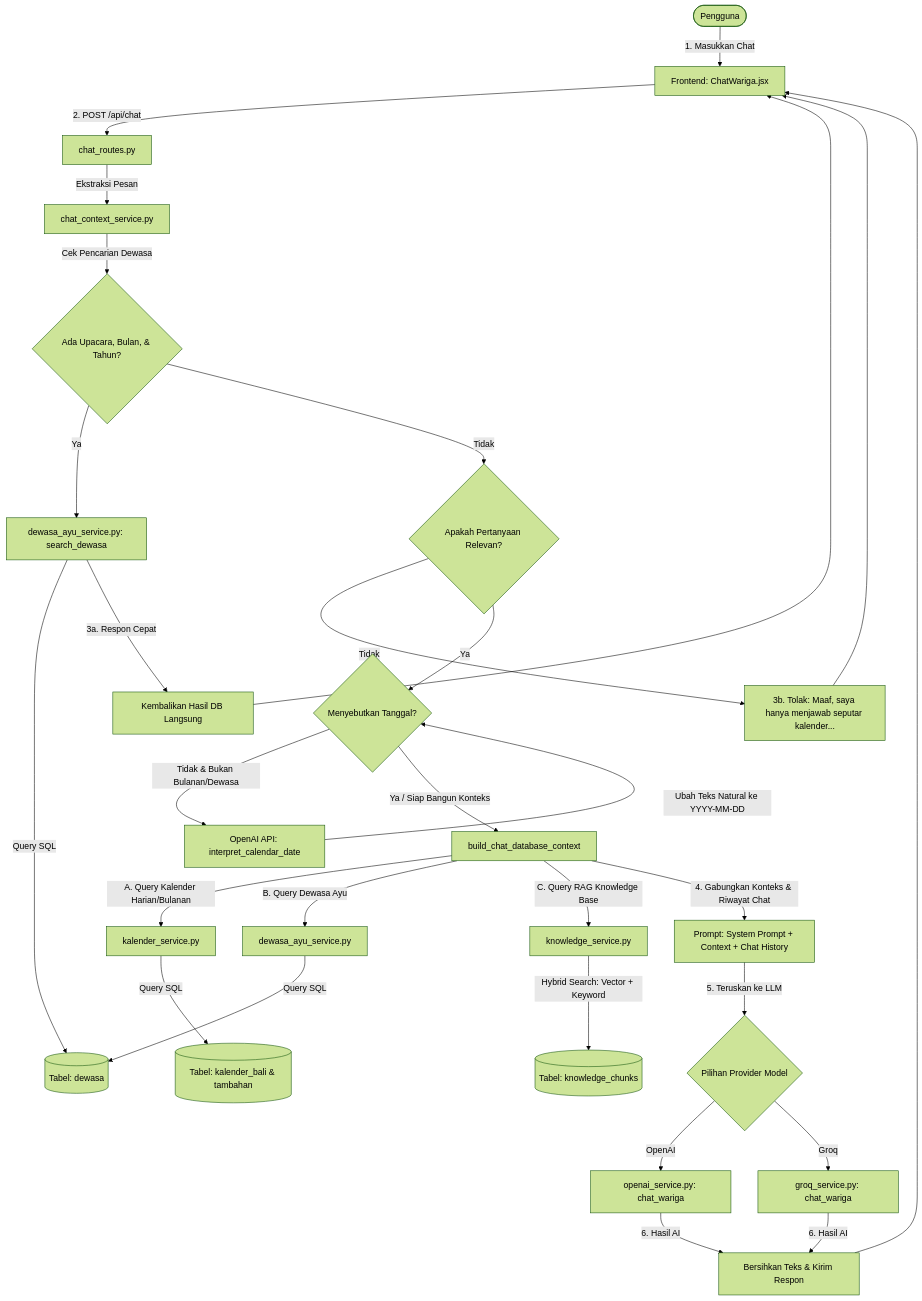
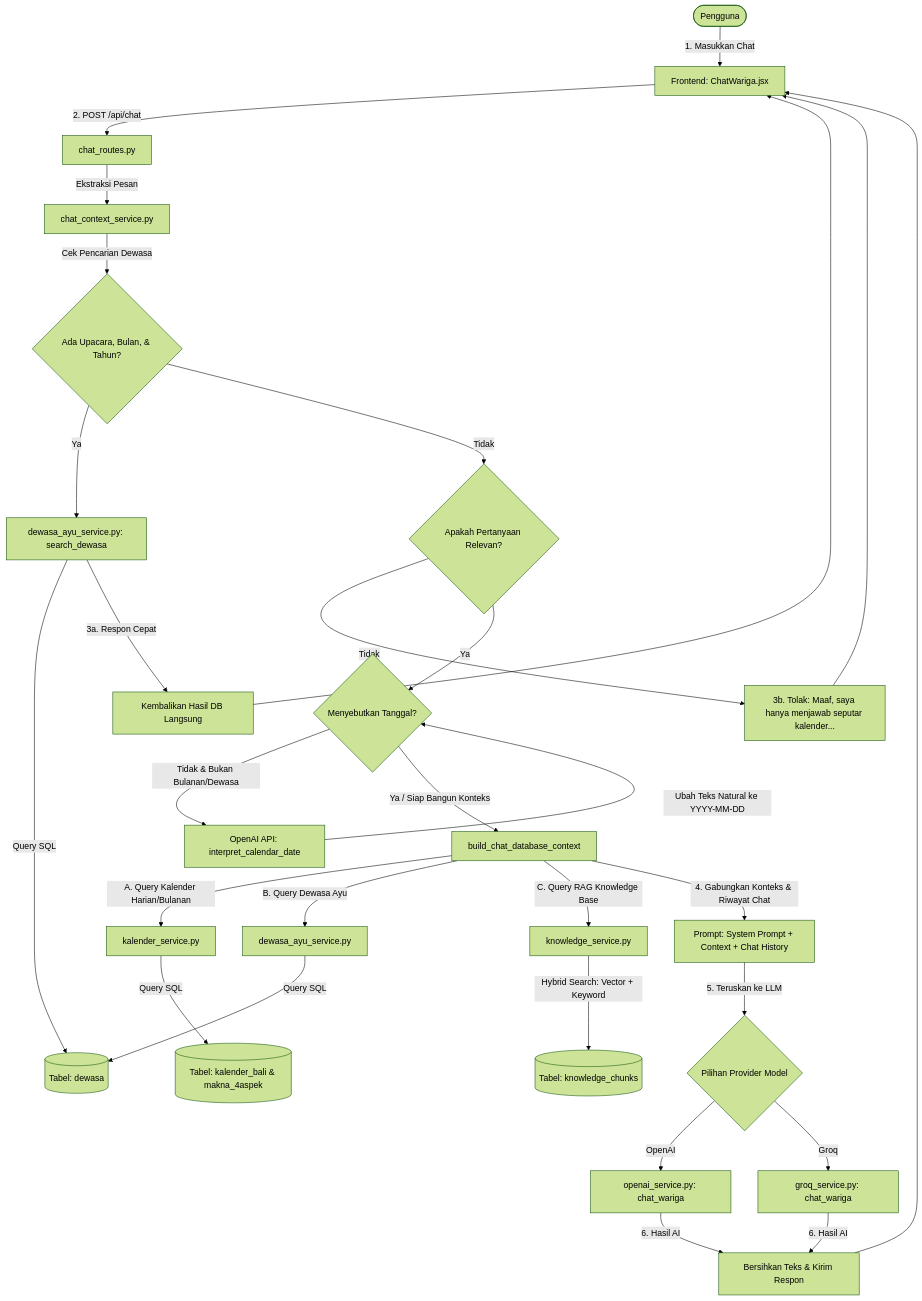
Before and after one commit to Adittt11/kalender_wariga: the diagram in docs/ARSITEKTUR_SISTEM.md, drawn with Mermaid (forest theme). The commit also changed other lines of this file and 4 other files, not shown here.

Commit message:
docs: add system and database architecture documentation, create initial frontend dashboard, and implement kalender_service backend module.

````diff
--- a/docs/ARSITEKTUR_SISTEM.md
+++ b/docs/ARSITEKTUR_SISTEM.md
@@ -39,47 +39,47 @@
 ```mermaid
 graph TD
     User([Pengguna]) -->|1. Masukkan Chat| FE[Frontend: ChatWariga.jsx]
     FE -->|2. POST /api/chat| BE_Router[chat_routes.py]
     
     %% Tahap Klasifikasi & Pre-processing
     BE_Router -->|Ekstraksi Pesan| Context_Service[chat_context_service.py]
     
     %% Alur Pencarian Cepat Dewasa Ayu (Direct Database Path)
     Context_Service -->|Cek Pencarian Dewasa| Direct_Dewasa{Ada Upacara, Bulan, & Tahun?}
     Direct_Dewasa -->|Ya| Dewasa_Direct[dewasa_ayu_service.py: search_dewasa]
     Dewasa_Direct -->|Query SQL| DB_Dewasa[(Tabel: dewasa)]
     Dewasa_Direct -->|3a. Respon Cepat| Return_Direct[Kembalikan Hasil DB Langsung]
     Return_Direct --> FE
     
     %% Alur Guardrail Relevansi Topik
     Direct_Dewasa -->|Tidak| Scope_Check{Apakah Pertanyaan Relevan?}
     Scope_Check -->|Tidak| Reject_Msg[3b. Tolak: Maaf, saya hanya menjawab seputar kalender...]
     Reject_Msg --> FE
     
     %% Alur Resolusi Tanggal NLP
     Scope_Check -->|Ya| Date_Check{Menyebutkan Tanggal?}
     Date_Check -->|Tidak & Bukan Bulanan/Dewasa| Interpret_Date[OpenAI API: interpret_calendar_date]
     Interpret_Date -->|Ubah Teks Natural ke YYYY-MM-DD| Date_Check
     
     %% Konstruksi Konteks DB & RAG
     Date_Check -->|Ya / Siap Bangun Konteks| Context_Builder[build_chat_database_context]
     
     Context_Builder -->|A. Query Kalender Harian/Bulanan| Kalender_Service[kalender_service.py]
-    Kalender_Service -->|Query SQL| DB_Kalender[(Tabel: kalender_bali & tambahan)]
+    Kalender_Service -->|Query SQL| DB_Kalender[(Tabel: kalender_bali & makna_4aspek)]
     
     Context_Builder -->|B. Query Dewasa Ayu| Dewasa_Service[dewasa_ayu_service.py]
     Dewasa_Service -->|Query SQL| DB_Dewasa
     
     Context_Builder -->|C. Query RAG Knowledge Base| Knowledge_Service[knowledge_service.py]
     Knowledge_Service -->|Hybrid Search: Vector + Keyword| DB_Knowledge[(Tabel: knowledge_chunks)]
     
     %% Integrasi LLM & API Gateway
     Context_Builder -->|4. Gabungkan Konteks & Riwayat Chat| Prompt_Assembly[Prompt: System Prompt + Context + Chat History]
     Prompt_Assembly -->|5. Teruskan ke LLM| LLM_Provider{Pilihan Provider Model}
     LLM_Provider -->|OpenAI| OpenAI_Service[openai_service.py: chat_wariga]
     LLM_Provider -->|Groq| Groq_Service[groq_service.py: chat_wariga]
     
     OpenAI_Service -->|6. Hasil AI| Final_Response[Bersihkan Teks & Kirim Respon]
     Groq_Service -->|6. Hasil AI| Final_Response
     Final_Response --> FE
 ```
````
